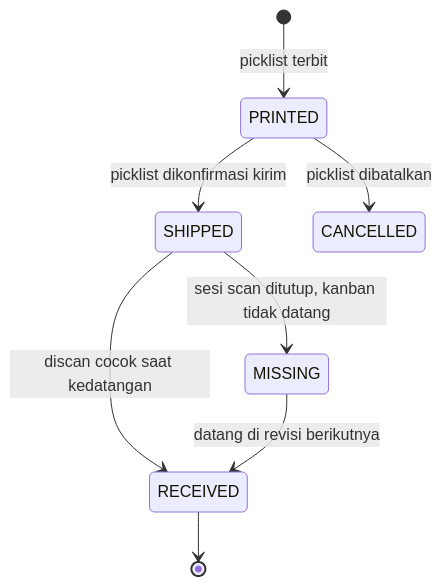
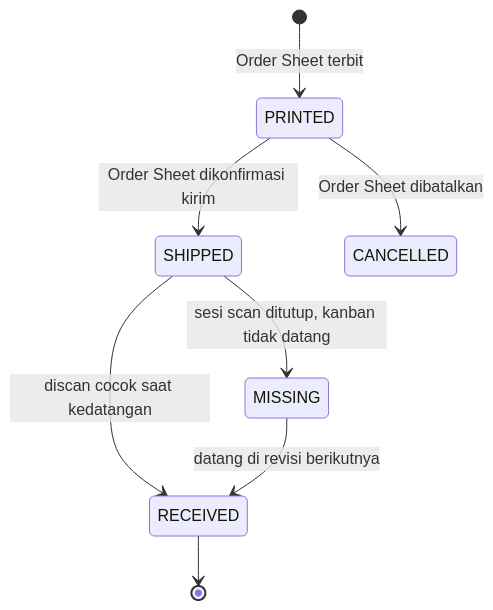
One commit to aisin-remote/ares changed the second of 5 diagrams in docs/PRD.md. Above: the diagram before and after it, drawn with Mermaid. The commit also changed other lines of this file and 227 other files, not shown here.

Commit message:
Lengkapi ARES: Order Sheet, receiving, SAP, keamanan, dan UI

````diff
--- a/docs/PRD.md
+++ b/docs/PRD.md
@@ -90,10 +92,10 @@
 ```mermaid
 stateDiagram-v2
-    [*] --> PRINTED: picklist terbit
-    PRINTED --> SHIPPED: picklist dikonfirmasi kirim
+    [*] --> PRINTED: Order Sheet terbit
+    PRINTED --> SHIPPED: Order Sheet dikonfirmasi kirim
     SHIPPED --> RECEIVED: discan cocok saat kedatangan
     SHIPPED --> MISSING: sesi scan ditutup, kanban tidak datang
     MISSING --> RECEIVED: datang di revisi berikutnya
     RECEIVED --> [*]
-    PRINTED --> CANCELLED: picklist dibatalkan
+    PRINTED --> CANCELLED: Order Sheet dibatalkan
 ```
````
